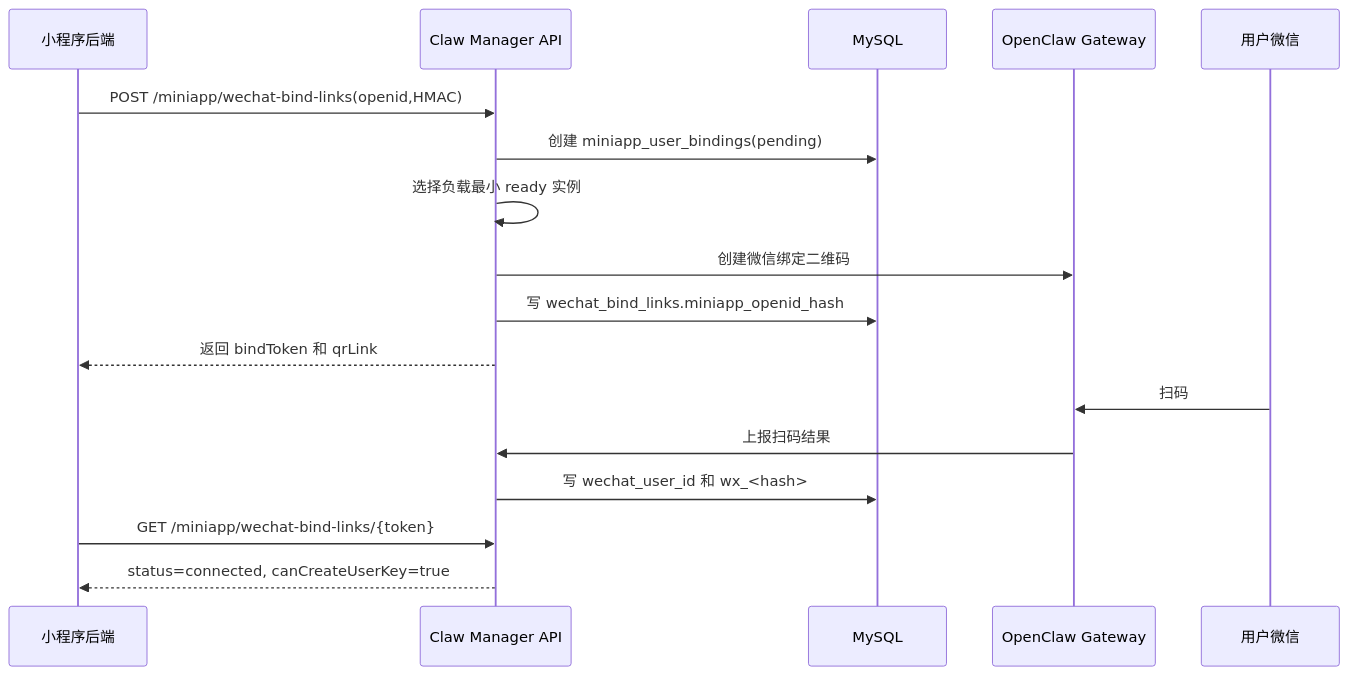
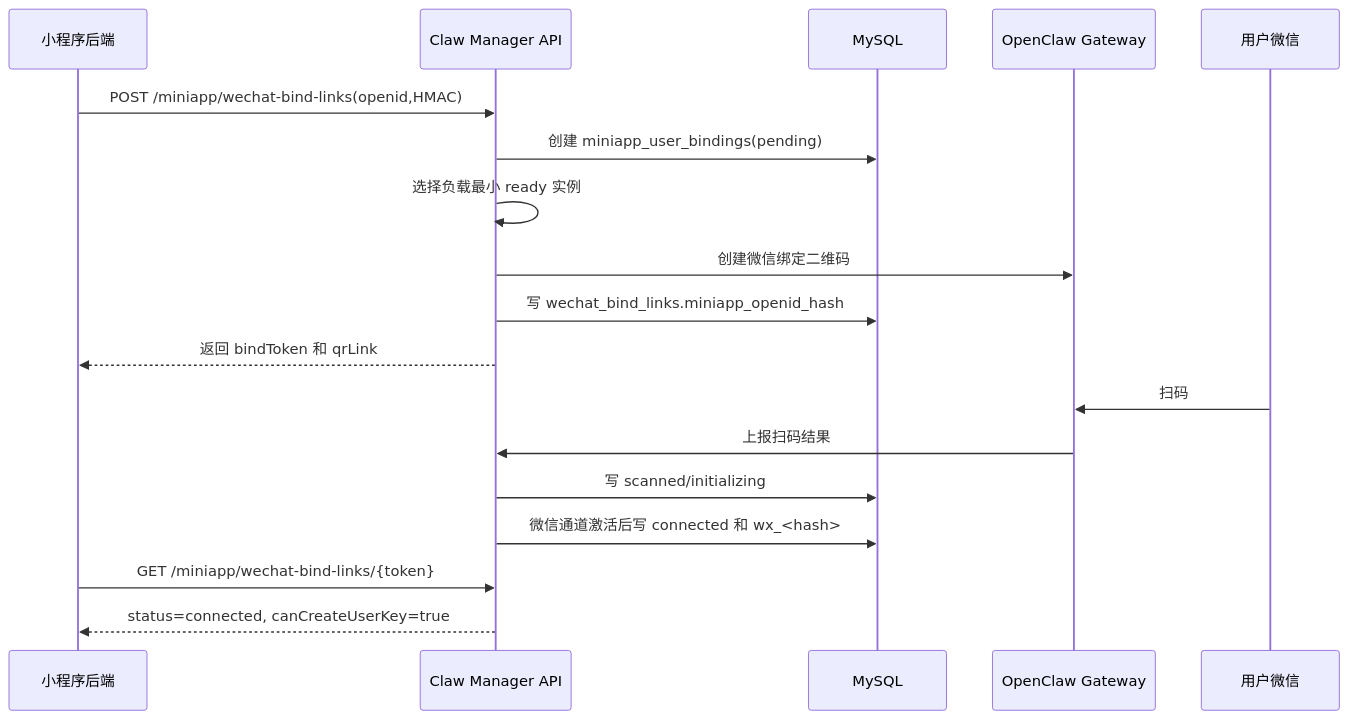
One commit to zhangsen540445123/claw-manager changed the first of 2 diagrams in docs/miniapp-integration.md. Above: the diagram before and after it, drawn with Mermaid. The commit also changed other lines of this file and 9 other files, not shown here.

````diff
--- a/docs/miniapp-integration.md
+++ b/docs/miniapp-integration.md
@@ -651,20 +658,21 @@
 ```mermaid
 sequenceDiagram
   participant M as 小程序后端
   participant C as Claw Manager API
   participant D as MySQL
   participant G as OpenClaw Gateway
   participant W as 用户微信
 
   M->>C: POST /miniapp/wechat-bind-links(openid,HMAC)
   C->>D: 创建 miniapp_user_bindings(pending)
   C->>C: 选择负载最小 ready 实例
   C->>G: 创建微信绑定二维码
   C->>D: 写 wechat_bind_links.miniapp_openid_hash
   C-->>M: 返回 bindToken 和 qrLink
   W->>G: 扫码
   G->>C: 上报扫码结果
-  C->>D: 写 wechat_user_id 和 wx_<hash>
+  C->>D: 写 scanned/initializing
+  C->>D: 微信通道激活后写 connected 和 wx_<hash>
   M->>C: GET /miniapp/wechat-bind-links/{token}
   C-->>M: status=connected, canCreateUserKey=true
 ```
````
